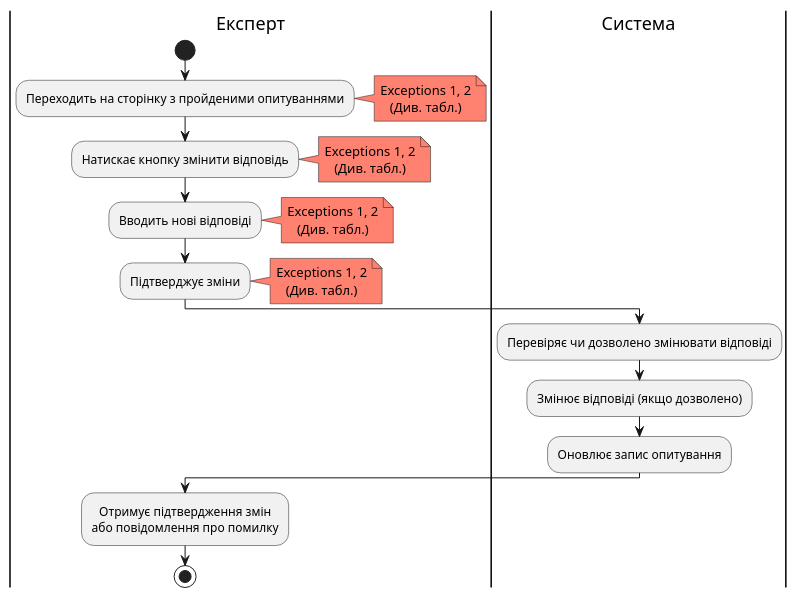
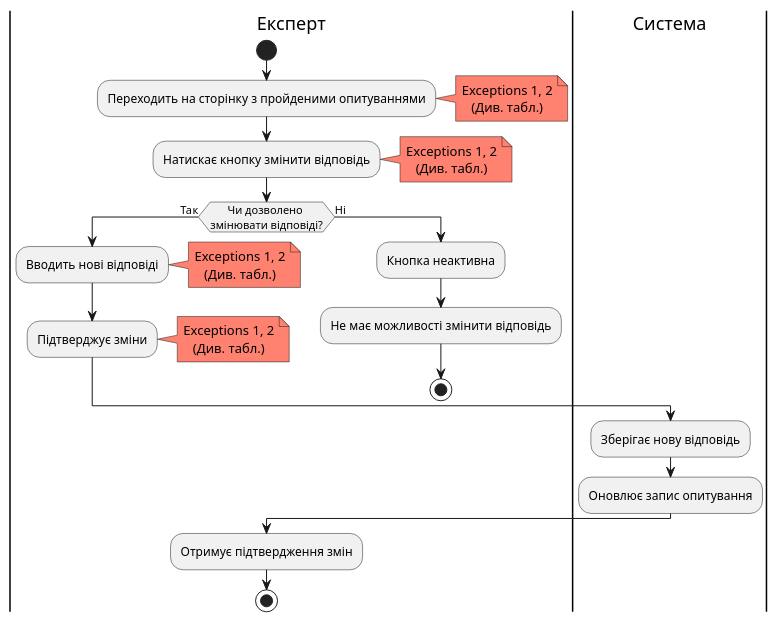
Before and after one commit to generalmaks/db_labs: the second of 2 diagrams in docs/use_cases.md, drawn with PlantUML. The commit also changed other lines of this file, not shown here.

Commit message:
Add fixes to activity diagrams

````diff
--- a/docs/use_cases.md
+++ b/docs/use_cases.md
@@ -81,39 +80,44 @@
 ```plantuml
 @startuml
+skinparam defaultTextAlignment center
 |Експерт|
 start
-skinparam defaultTextAlignment center
 
 :Переходить на сторінку з пройденими опитуваннями;
 note right #ff8170
 Exceptions 1, 2
 (Див. табл.)
 end note
 :Натискає кнопку змінити відповідь;
 note right #ff8170
 Exceptions 1, 2
 (Див. табл.)
 end note
-:Вводить нові відповіді;
-note right #ff8170
-Exceptions 1, 2
-(Див. табл.)
-end note
-:Підтверджує зміни;
-note right #ff8170
-Exceptions 1, 2
-(Див. табл.)
-end note
+if (Чи дозволено 
+змінювати відповіді?) then (Так)
+  :Вводить нові відповіді;
+  note right #ff8170
+  Exceptions 1, 2
+  (Див. табл.)
+  end note
+  :Підтверджує зміни;
+  note right #ff8170
+  Exceptions 1, 2
+  (Див. табл.)
+  end note
+else (Ні)
+  :Кнопка неактивна;
+  :Не має можливості змінити відповідь;
+  stop
+endif
 
 |Система|
-:Перевіряє чи дозволено змінювати відповіді;
-:Змінює відповіді (якщо дозволено);
+:Зберігає нову відповідь;
 :Оновлює запис опитування;
 
 |Експерт|
-:Отримує підтвердження змін 
-або повідомлення про помилку;
+:Отримує підтвердження змін;
 
 stop
 @enduml
 ```
````
